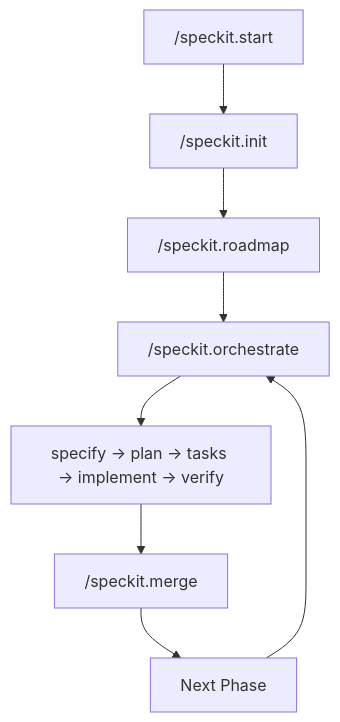
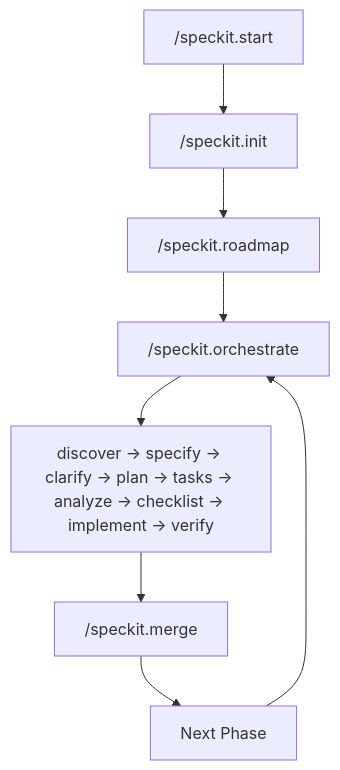
One commit to wiseyoda/specflow changed the diagram in README.md. Above: the diagram before and after it, drawn with Mermaid. The commit also changed other lines of this file and 8 other files, not shown here.

````diff
--- a/README.md
+++ b/README.md
@@ -87,10 +87,10 @@
 ```mermaid
 flowchart TD
     A["/speckit.start"] --> B["/speckit.init"]
     B --> C["/speckit.roadmap"]
     C --> D["/speckit.orchestrate"]
-    D --> E["specify → plan → tasks → implement → verify"]
+    D --> E["discover → specify → clarify → plan → tasks → analyze → checklist → implement → verify"]
     E --> F["/speckit.merge"]
     F --> G["Next Phase"]
     G --> D
 ```
````
